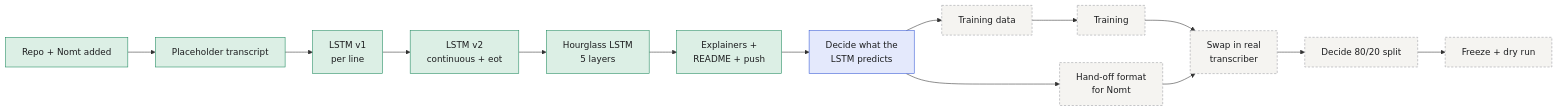
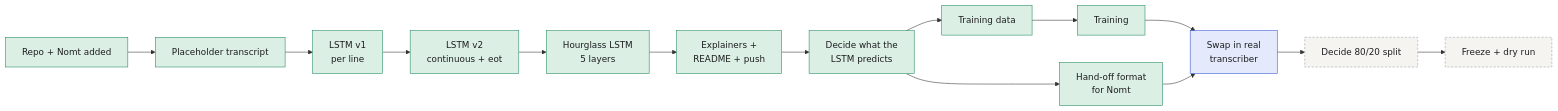
Before and after one commit to Asyxddiq/mlda-audio-workshop: the second of 4 diagrams in progress.md, drawn with Mermaid. The commit also changed other lines of this file and 2 other files, not shown here.

````diff
--- a/progress.md
+++ b/progress.md
@@ -40,20 +41,20 @@
 ```mermaid
 flowchart LR
     A["Repo + Nomt added"]:::done --> B["Placeholder transcript"]:::done
     B --> C["LSTM v1<br/>per line"]:::done
     C --> D["LSTM v2<br/>continuous + eot"]:::done
     D --> E["Hourglass LSTM<br/>5 layers"]:::done
     E --> F["Explainers +<br/>README + push"]:::done
-    F --> G["Decide what the<br/>LSTM predicts"]:::doing
-    G --> H["Training data"]:::todo
-    H --> I["Training"]:::todo
-    G --> J["Hand-off format<br/>for Nomt"]:::todo
-    I --> K["Swap in real<br/>transcriber"]:::todo
+    F --> G["Decide what the<br/>LSTM predicts"]:::done
+    G --> H["Training data"]:::done
+    H --> I["Training"]:::done
+    G --> J["Hand-off format<br/>for Nomt"]:::done
+    I --> K["Swap in real<br/>transcriber"]:::doing
     J --> K
     K --> L["Decide 80/20 split"]:::todo
     L --> M["Freeze + dry run"]:::todo
 
     classDef done fill:#dcefe5,stroke:#1f8a5f,color:#1c1d1f
     classDef doing fill:#e4e9fc,stroke:#3457d5,color:#1c1d1f
     classDef todo fill:#f5f4f1,stroke:#9a9ca1,color:#1c1d1f,stroke-dasharray: 4 3
 ```
````
